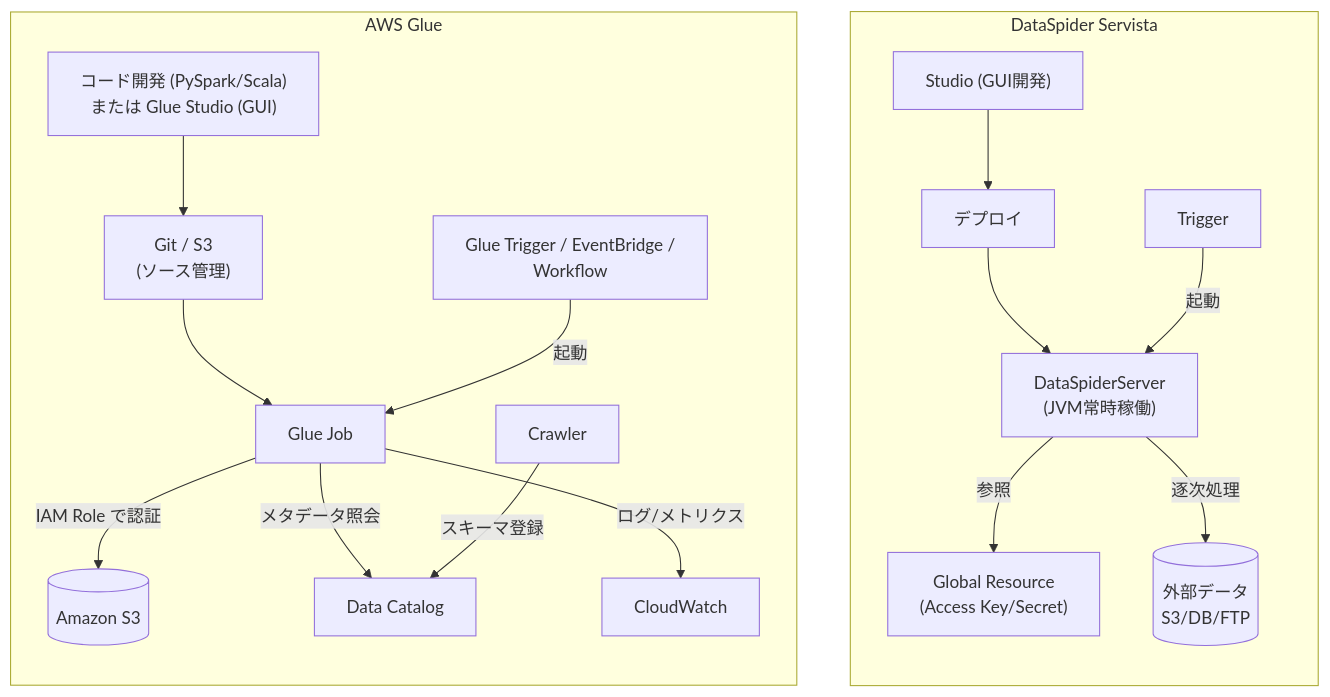
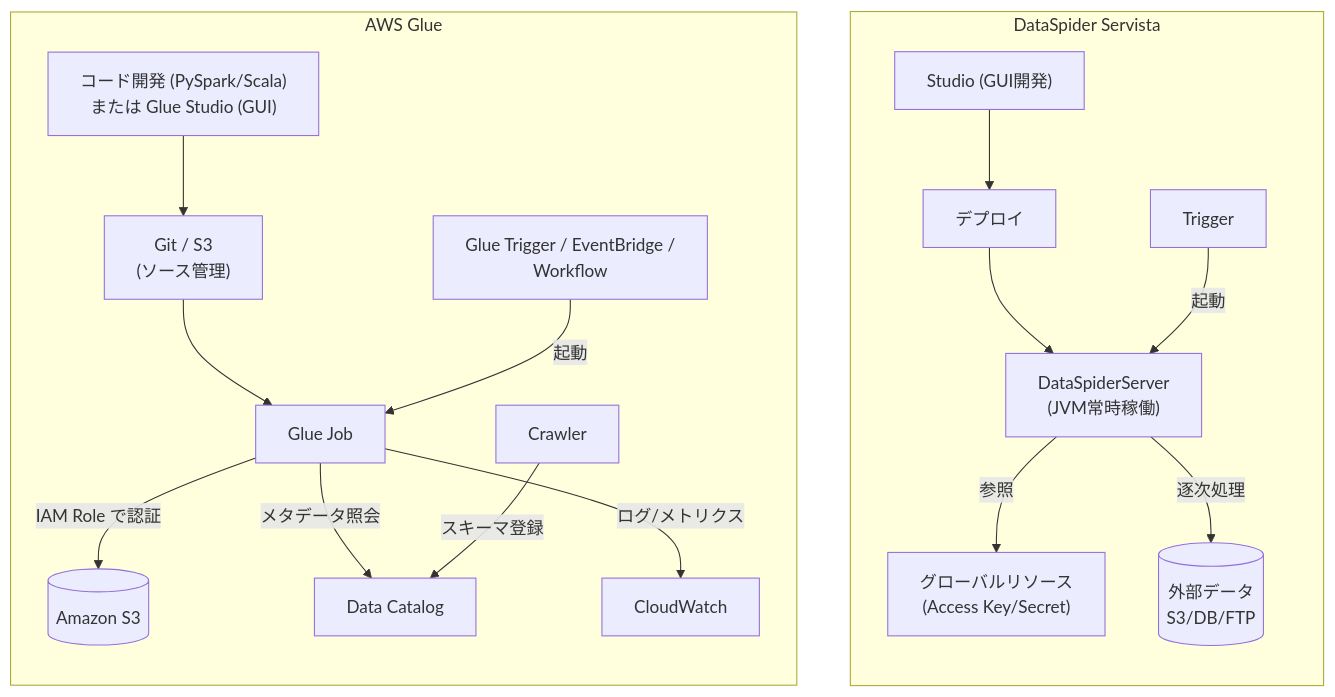
Before and after one commit to narumikr/article-agent-studio: the second of 4 diagrams in docs/outputs/aws-glue-migration.md, drawn with Mermaid. The commit also changed other lines of this file, not shown here.

````diff
--- a/docs/outputs/aws-glue-migration.md
+++ b/docs/outputs/aws-glue-migration.md
@@ -149,22 +158,22 @@
 ```mermaid
 flowchart TB
     subgraph DS["DataSpider Servista"]
         direction TB
         DS_Dev["Studio (GUI開発)"] --> DS_Deploy["デプロイ"]
         DS_Deploy --> DS_Runtime["DataSpiderServer<br/>(JVM常時稼働)"]
-        DS_Runtime -->|参照| DS_Res["Global Resource<br/>(Access Key/Secret)"]
+        DS_Runtime -->|参照| DS_Res["グローバルリソース<br/>(Access Key/Secret)"]
         DS_Runtime -->|逐次処理| DS_Data[("外部データ<br/>S3/DB/FTP")]
         DS_Trg["Trigger"] -->|起動| DS_Runtime
     end
 
     subgraph AG["AWS Glue"]
         direction TB
         AG_Dev["コード開発 (PySpark/Scala)<br/>または Glue Studio (GUI)"] --> AG_Repo["Git / S3<br/>(ソース管理)"]
         AG_Repo --> AG_Job["Glue Job"]
         AG_Trg2["Glue Trigger / EventBridge /<br/>Workflow"] -->|起動| AG_Job
         AG_Job -->|IAM Role で認証| AG_S3[("Amazon S3")]
         AG_Job -->|メタデータ照会| AG_Cat["Data Catalog"]
         AG_Crawler["Crawler"] -->|スキーマ登録| AG_Cat
         AG_Job -->|ログ/メトリクス| AG_CW["CloudWatch"]
     end
 ```
````
